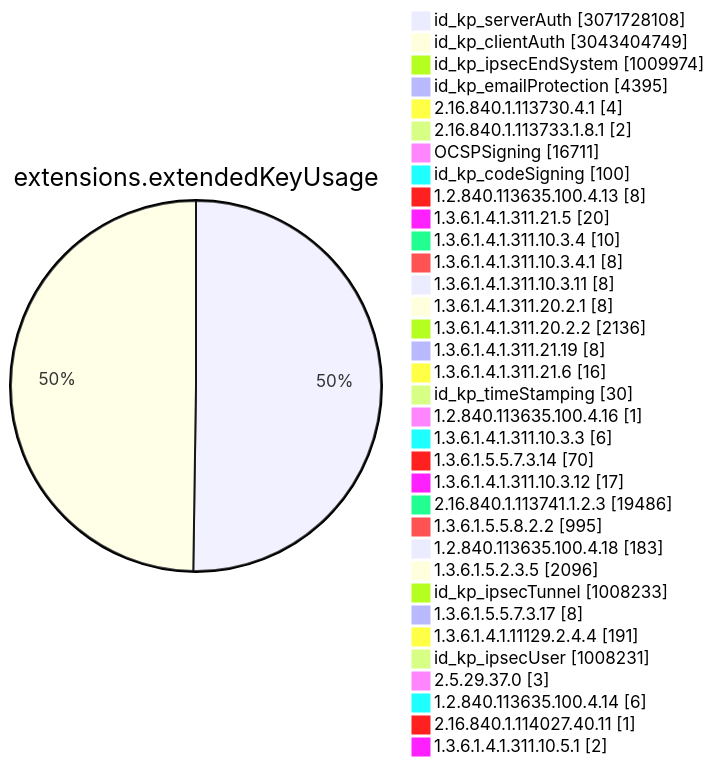
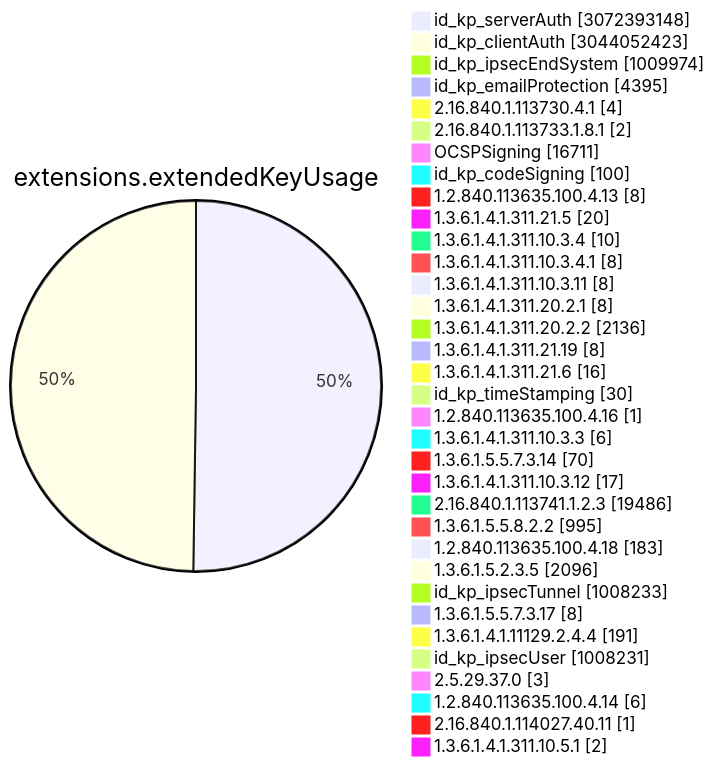
One commit to christiankrug/ctmonitor_visualization changed diagram 11 of 15 in TOTAL/README.md. Above: the diagram before and after it, drawn with Mermaid. The commit also changed other lines of this file, not shown here.

````diff
--- a/TOTAL/README.md
+++ b/TOTAL/README.md
@@ -4119,38 +4119,38 @@
 ```mermaid
 pie showData
 title extensions.extendedKeyUsage
-"id_kp_serverAuth" :3071728108
-"id_kp_clientAuth" :3043404749
+"id_kp_serverAuth" :3072393148
+"id_kp_clientAuth" :3044052423
 "id_kp_ipsecEndSystem" :1009974
 "id_kp_emailProtection" :4395
 "2.16.840.1.113730.4.1" :4
 "2.16.840.1.113733.1.8.1" :2
 "OCSPSigning" :16711
 "id_kp_codeSigning" :100
 "1.2.840.113635.100.4.13" :8
 "1.3.6.1.4.1.311.21.5" :20
 "1.3.6.1.4.1.311.10.3.4" :10
 "1.3.6.1.4.1.311.10.3.4.1" :8
 "1.3.6.1.4.1.311.10.3.11" :8
 "1.3.6.1.4.1.311.20.2.1" :8
 "1.3.6.1.4.1.311.20.2.2" :2136
 "1.3.6.1.4.1.311.21.19" :8
 "1.3.6.1.4.1.311.21.6" :16
 "id_kp_timeStamping" :30
 "1.2.840.113635.100.4.16" :1
 "1.3.6.1.4.1.311.10.3.3" :6
 "1.3.6.1.5.5.7.3.14" :70
 "1.3.6.1.4.1.311.10.3.12" :17
 "2.16.840.1.113741.1.2.3" :19486
 "1.3.6.1.5.5.8.2.2" :995
 "1.2.840.113635.100.4.18" :183
 "1.3.6.1.5.2.3.5" :2096
 "id_kp_ipsecTunnel" :1008233
 "1.3.6.1.5.5.7.3.17" :8
 "1.3.6.1.4.1.11129.2.4.4" :191
 "id_kp_ipsecUser" :1008231
 "2.5.29.37.0" :3
 "1.2.840.113635.100.4.14" :6
 "2.16.840.1.114027.40.11" :1
 "1.3.6.1.4.1.311.10.5.1" :2
 ```
````
